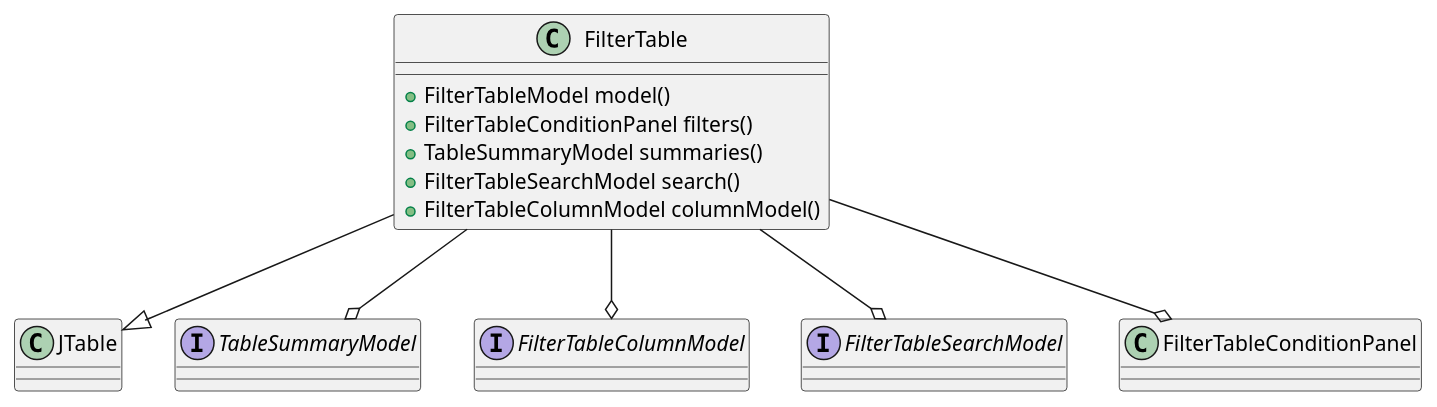
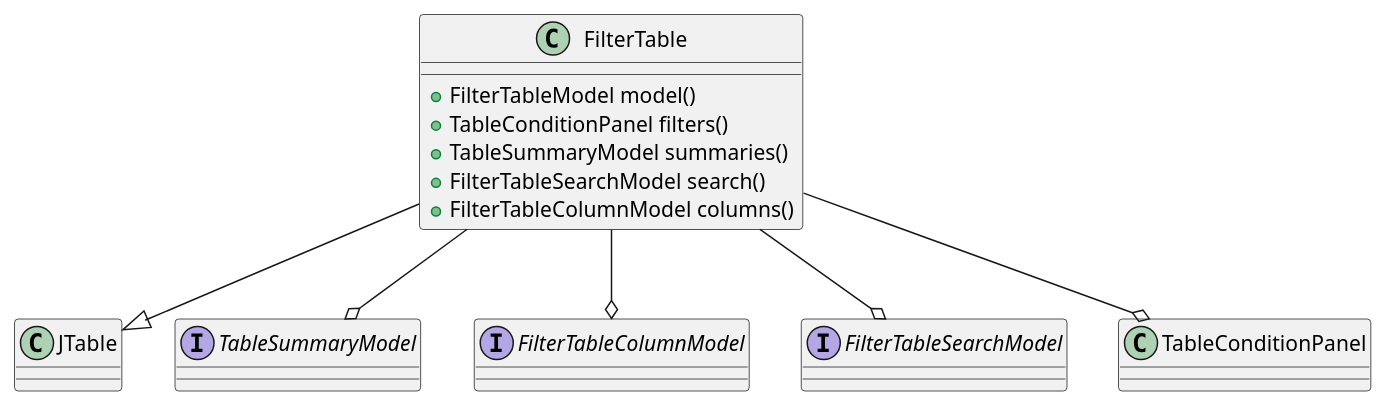
One commit to codion-is/codion changed the diagram in documentation/src/docs/asciidoc/manual/swing-common-ui-table.adoc. Above: the diagram before and after it, drawn with PlantUML. The commit also changed other lines of this file and 7 other files, not shown here.

Commit message:
FilterTable.Filters, Builder.filters() and FilterTable.FILTERS added, the table displaying its filter panel above or below the table header, in the column header of its enclosing scroll pane

```diff
--- a/documentation/src/docs/asciidoc/manual/swing-common-ui-table.adoc
+++ b/documentation/src/docs/asciidoc/manual/swing-common-ui-table.adoc
@@ -7,28 +7,28 @@
 [plantuml,filter-table-diagram,svg,align=center]
 -------------------------------------------
 
 class FilterTable {
     +FilterTableModel model()
-    +FilterTableConditionPanel filters()
+    +TableConditionPanel filters()
     +TableSummaryModel summaries()
     +FilterTableSearchModel search()
-    +FilterTableColumnModel columnModel()
+    +FilterTableColumnModel columns()
 }
 
 class JTable {}
 
 interface TableSummaryModel {}
 
 interface FilterTableColumnModel {}
 
 interface FilterTableSearchModel {}
 
-class FilterTableConditionPanel {}
+class TableConditionPanel {}
 
 FilterTable --|> JTable
-FilterTable --o FilterTableConditionPanel
+FilterTable --o TableConditionPanel
 FilterTable --o TableSummaryModel
 FilterTable --o FilterTableColumnModel
 FilterTable --o FilterTableSearchModel
 
 -------------------------------------------
```
